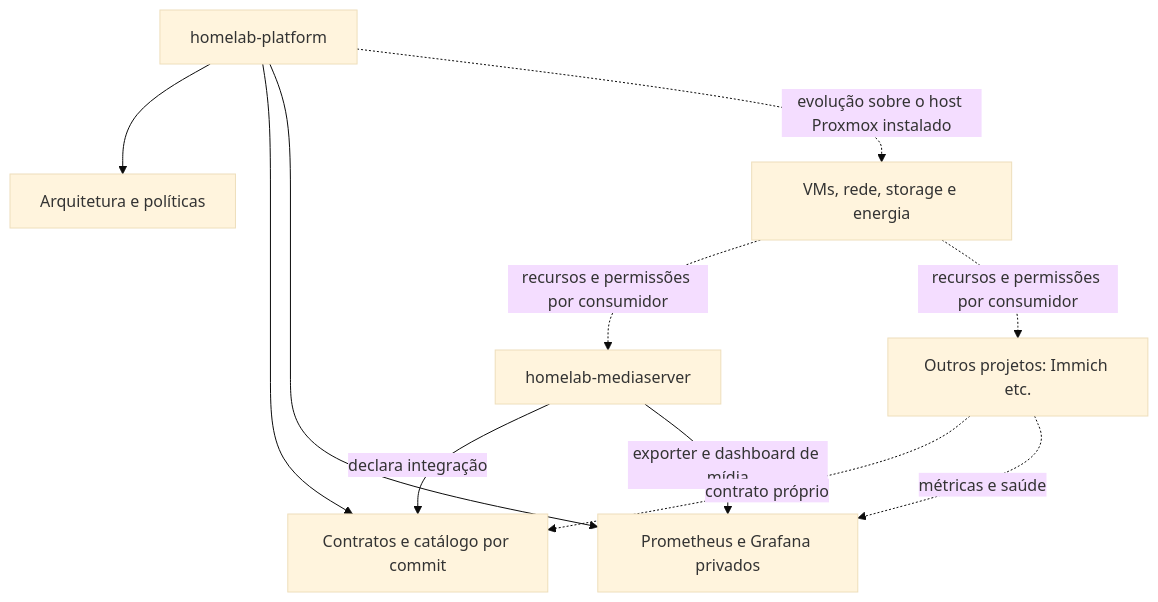
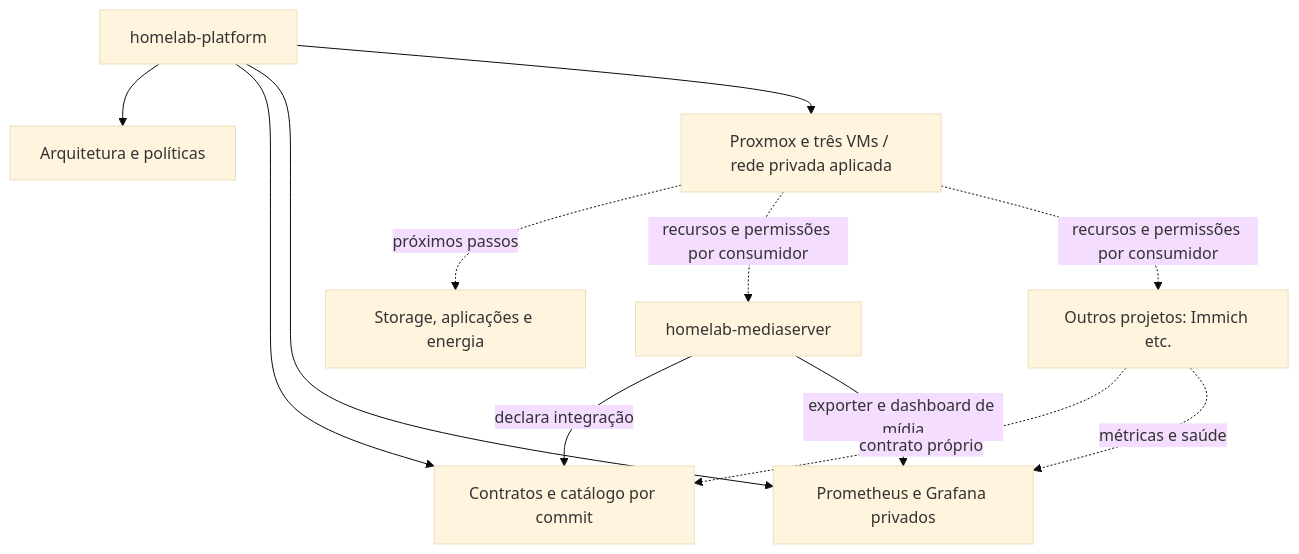
Before and after one commit to reisguilherme/homelab-platform: the diagram in README.md, drawn with Mermaid (base theme). The commit also changed other lines of this file and 13 other files, not shown here.

Commit message:
feat: preparar VMs e registrar rede Proxmox validada

````diff
--- a/README.md
+++ b/README.md
@@ -15,13 +18,14 @@
 ```mermaid
 flowchart TB
   P[homelab-platform] --> A[Arquitetura e políticas]
   P --> C[Contratos e catálogo por commit]
   P --> O[Prometheus e Grafana privados]
-  P -. evolução sobre o host Proxmox instalado .-> I[VMs, rede, storage e energia]
+  P --> I[Proxmox e três VMs / rede privada aplicada]
+  I -. próximos passos .-> S[Storage, aplicações e energia]
   M[homelab-mediaserver] -->|declara integração| C
   M -->|exporter e dashboard de mídia| O
   F[Outros projetos: Immich etc.] -. contrato próprio .-> C
   F -. métricas e saúde .-> O
   I -. recursos e permissões por consumidor .-> M
   I -. recursos e permissões por consumidor .-> F
 ```
````
